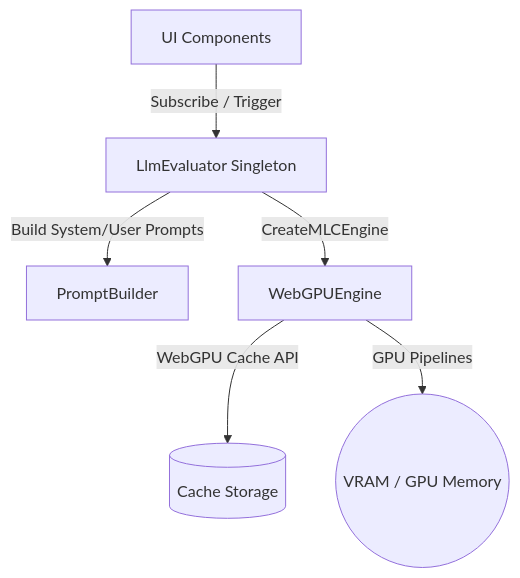
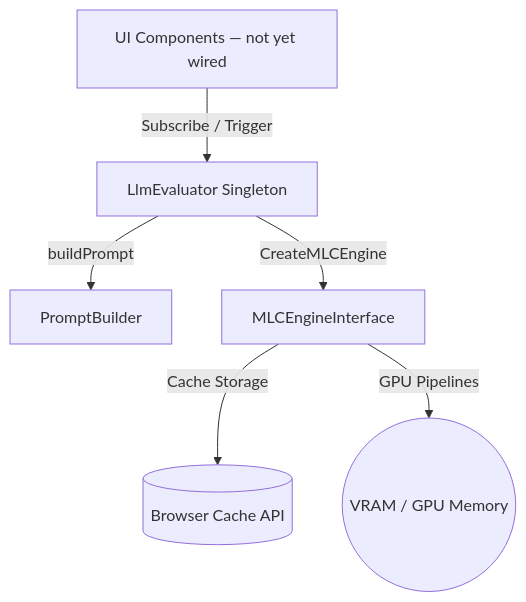
The first of 2 diagrams in src/renderer/services/llm/CONTEXT.md (Masterslayer7/FocusSentinel), drawn with Mermaid before and after one commit. The commit also changed other lines of this file and 4 other files, not shown here.

````diff
--- a/src/renderer/services/llm/CONTEXT.md
+++ b/src/renderer/services/llm/CONTEXT.md
@@ -25,8 +27,8 @@
 ```mermaid
 graph TD
-    UI[UI Components] -->|Subscribe / Trigger| Service[LlmEvaluator Singleton]
-    Service -->|Build System/User Prompts| PromptBuilder[PromptBuilder]
-    Service -->|CreateMLCEngine| Engine[WebGPUEngine]
-    Engine -->|WebGPU Cache API| Storage[(Cache Storage)]
-    Engine -->|GPU Pipelines| VRAM((VRAM / GPU Memory))
+    UI[UI Components — not yet wired] -->|Subscribe / Trigger| Service[LlmEvaluator Singleton]
+    Service -->|buildPrompt| PromptBuilder[PromptBuilder]
+    Service -->|CreateMLCEngine| MLC[MLCEngineInterface]
+    MLC -->|Cache Storage| Storage[(Browser Cache API)]
+    MLC -->|GPU Pipelines| VRAM((VRAM / GPU Memory))
 ```
````
